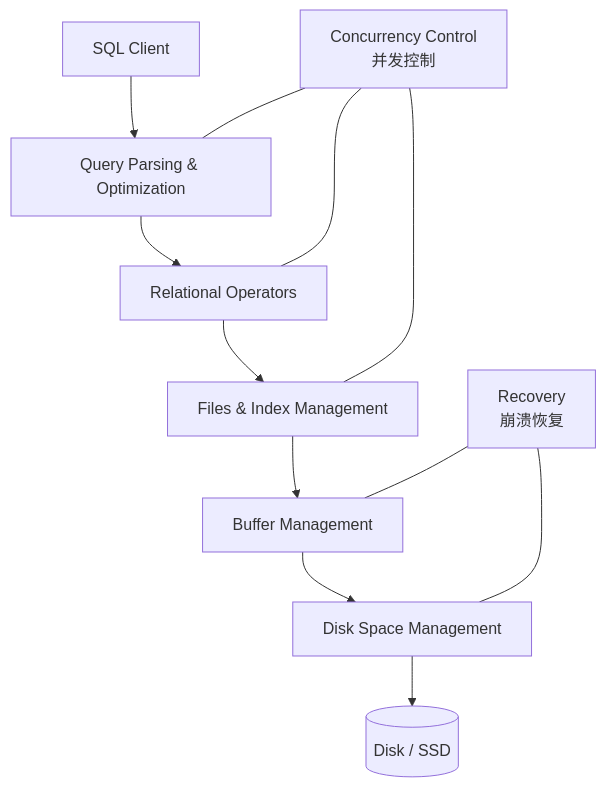
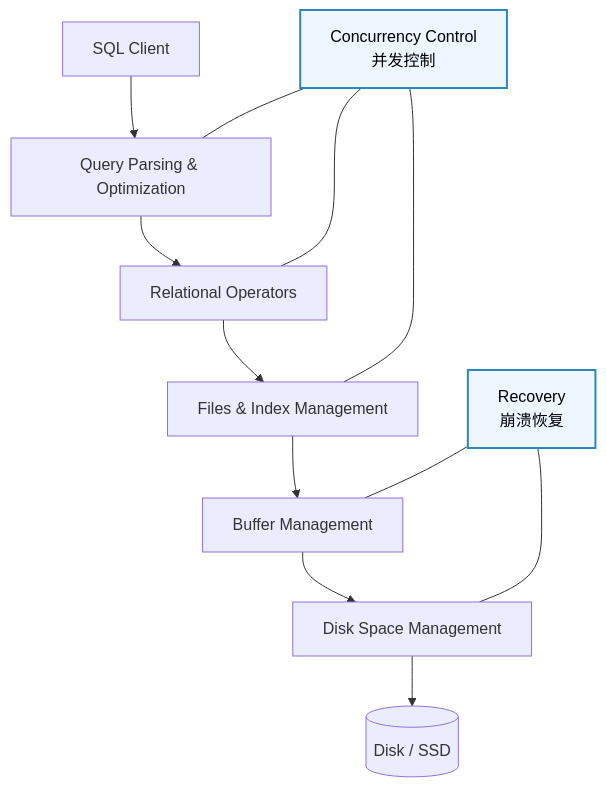
One commit to Gerard-Devlin/TechMind changed the first of 3 diagrams in my-project/docs/DBS/2 、存储与索引.md. Above: the diagram before and after it, drawn with Mermaid. The commit also changed other lines of this file and 8 other files, not shown here.

````diff
--- a/my-project/docs/DBS/2 、存储与索引.md
+++ b/my-project/docs/DBS/2 、存储与索引.md
@@ -13,35 +13,41 @@
 ```mermaid
 flowchart TD
 
 A[SQL Client]
 
 B[Query Parsing & Optimization]
 
 C[Relational Operators]
 
 D[Files & Index Management]
 
 E[Buffer Management]
 
 F[Disk Space Management]
 
 G[(Disk / SSD)]
 
 H[Concurrency Control<br/>并发控制]
 
 I[Recovery<br/>崩溃恢复]
 
 A --> B
 B --> C
 C --> D
 D --> E
 E --> F
 F --> G
 
 H --- B
 H --- C
 H --- D
 
 I --- E
 I --- F
+
+%% 定义样式
+classDef cross fill:#EEF6FF,stroke:#2E86C1,stroke-width:2px,color:#000;
+
+%% 应用样式
+class H,I cross;
 ```
````
